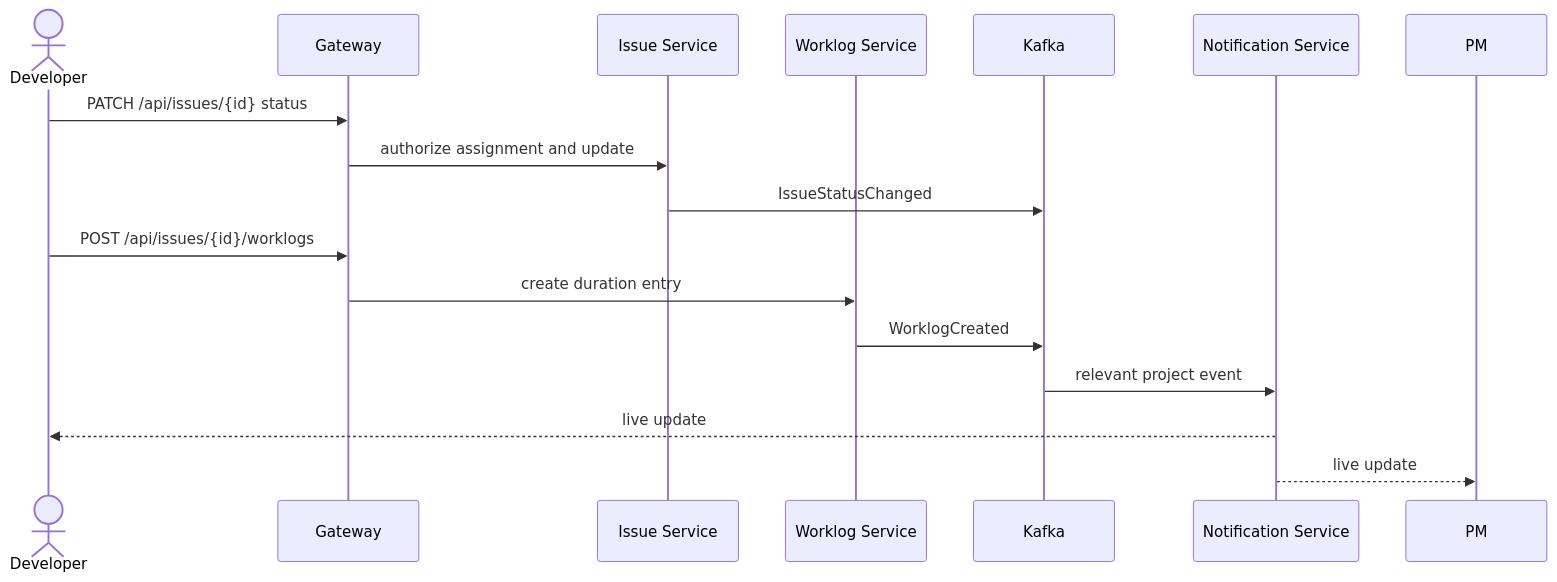
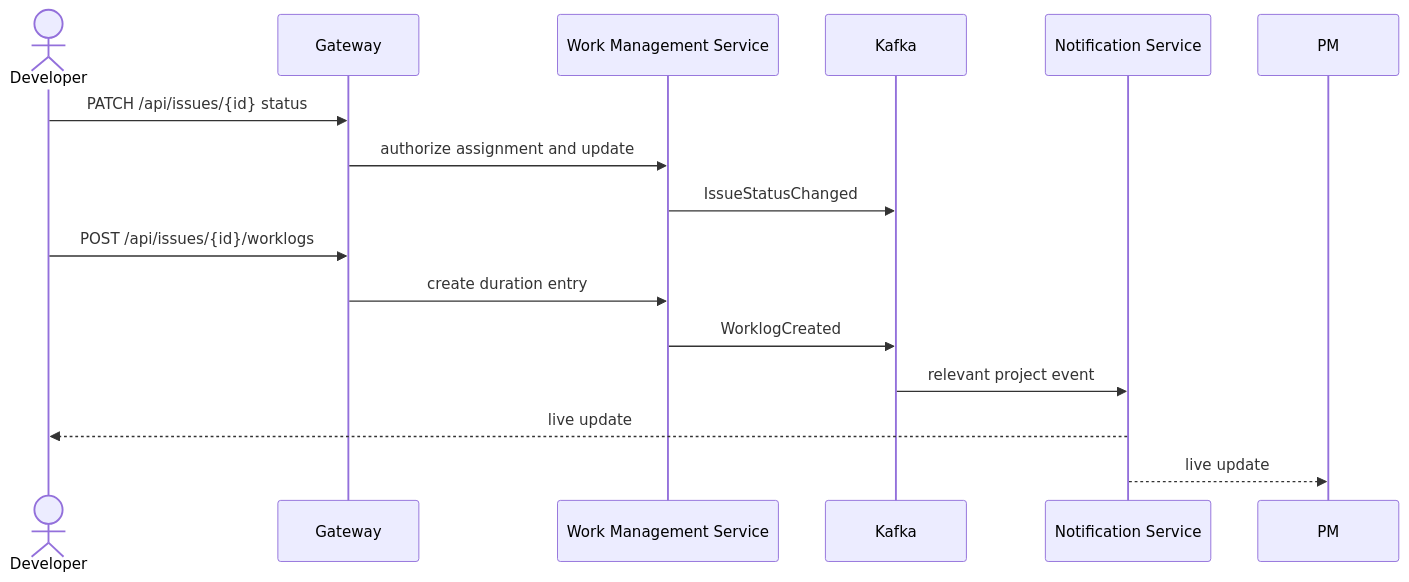
The second of 3 diagrams in docs/architecture/uml-diagrams.md (MARKUCI14/teamFlow), drawn with Mermaid before and after one commit. The commit also changed other lines of this file and 36 other files, not shown here.

````diff
--- a/docs/architecture/uml-diagrams.md
+++ b/docs/architecture/uml-diagrams.md
@@ -30,18 +29,17 @@
 ```mermaid
 sequenceDiagram
   actor D as Developer
   participant G as Gateway
-  participant I as Issue Service
-  participant W as Worklog Service
+  participant WM as Work Management Service
   participant K as Kafka
   participant N as Notification Service
   D->>G: PATCH /api/issues/{id} status
-  G->>I: authorize assignment and update
-  I->>K: IssueStatusChanged
+  G->>WM: authorize assignment and update
+  WM->>K: IssueStatusChanged
   D->>G: POST /api/issues/{id}/worklogs
-  G->>W: create duration entry
-  W->>K: WorklogCreated
+  G->>WM: create duration entry
+  WM->>K: WorklogCreated
   K->>N: relevant project event
   N-->>D: live update
   N-->>PM: live update
 ```
````
